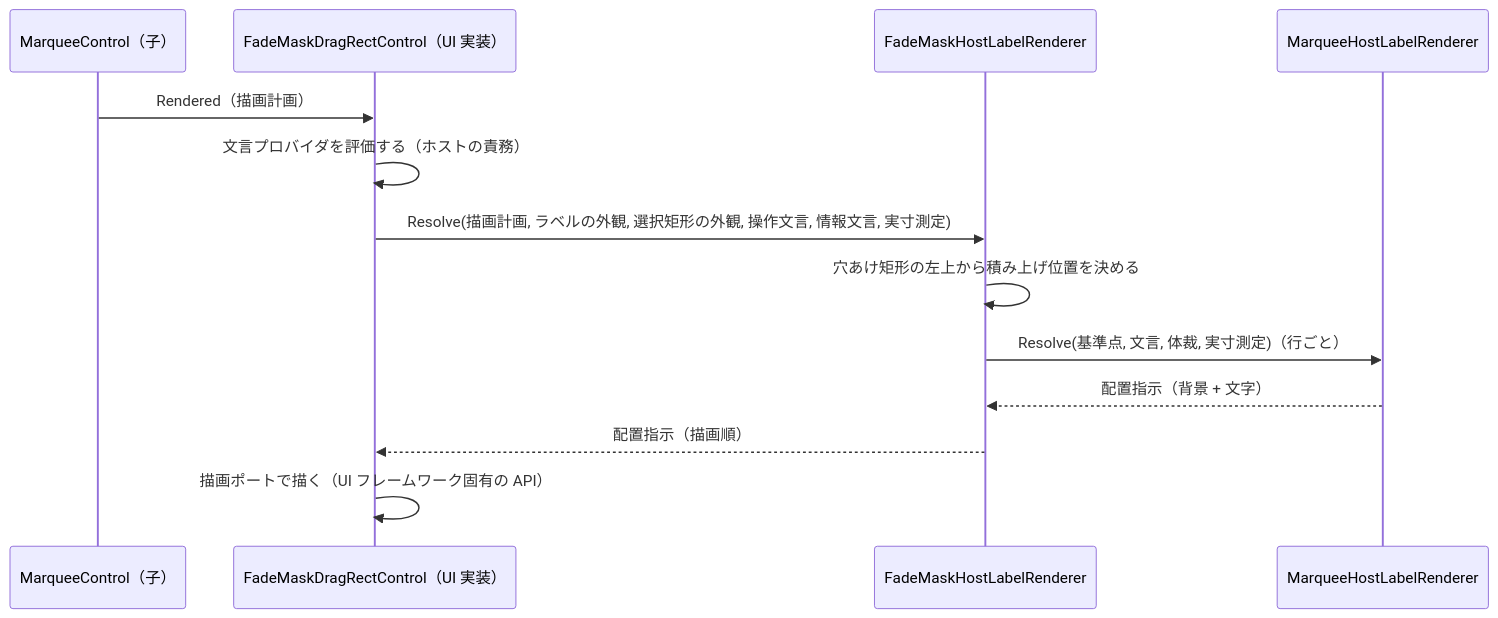
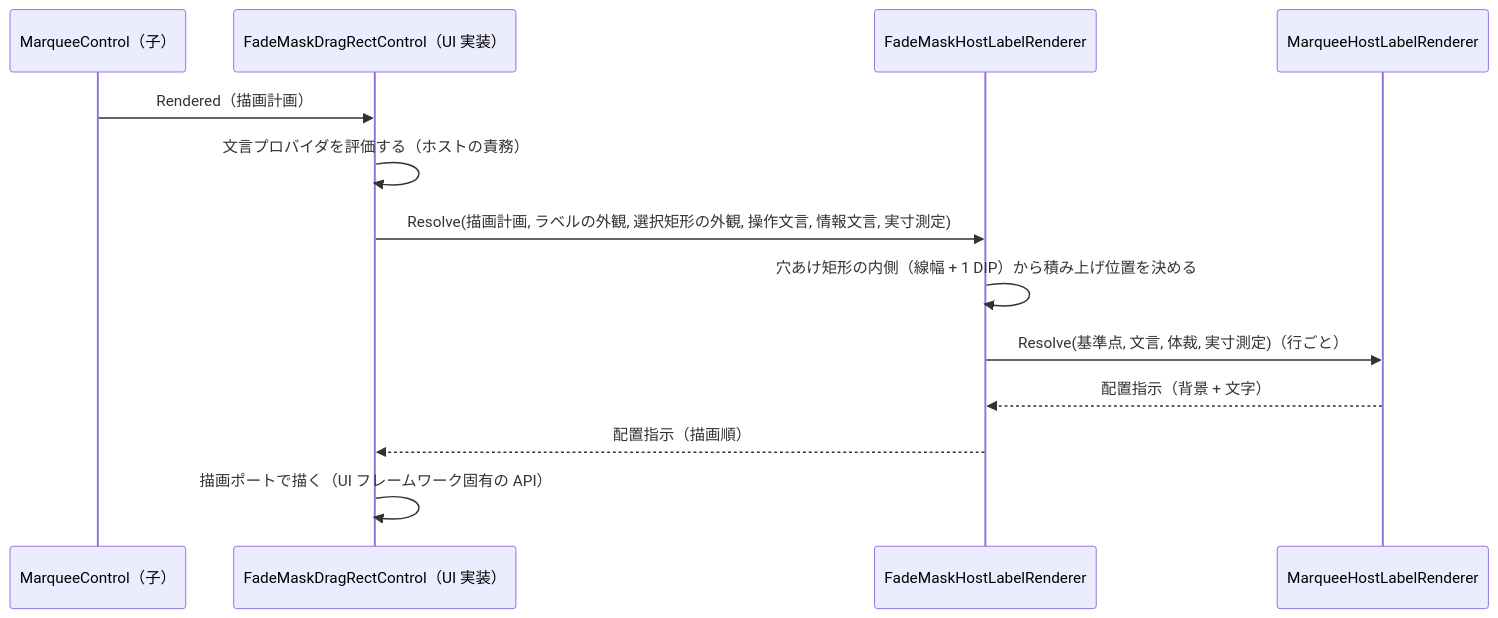
One commit to tomokuni/SaveEvidence changed the fourth of 5 diagrams in src/FadeMaskDragRectControl.UIBase/SPEC_System.md. Above: the diagram before and after it, drawn with Mermaid. The commit also changed 56 other files, not shown here.

````diff
--- a/src/FadeMaskDragRectControl.UIBase/SPEC_System.md
+++ b/src/FadeMaskDragRectControl.UIBase/SPEC_System.md
@@ -105,16 +105,16 @@
 ```mermaid
 sequenceDiagram
   participant MC as MarqueeControl（子）
   participant UI as FadeMaskDragRectControl（UI 実装）
   participant UB as FadeMaskHostLabelRenderer
   participant MH as MarqueeHostLabelRenderer
 
   MC->>UI: Rendered（描画計画）
   UI->>UI: 文言プロバイダを評価する（ホストの責務）
   UI->>UB: Resolve(描画計画, ラベルの外観, 選択矩形の外観, 操作文言, 情報文言, 実寸測定)
-  UB->>UB: 穴あけ矩形の左上から積み上げ位置を決める
+  UB->>UB: 穴あけ矩形の内側（線幅 + 1 DIP）から積み上げ位置を決める
   UB->>MH: Resolve(基準点, 文言, 体裁, 実寸測定)（行ごと）
   MH-->>UB: 配置指示（背景 + 文字）
   UB-->>UI: 配置指示（描画順）
   UI->>UI: 描画ポートで描く（UI フレームワーク固有の API）
 ```
````
